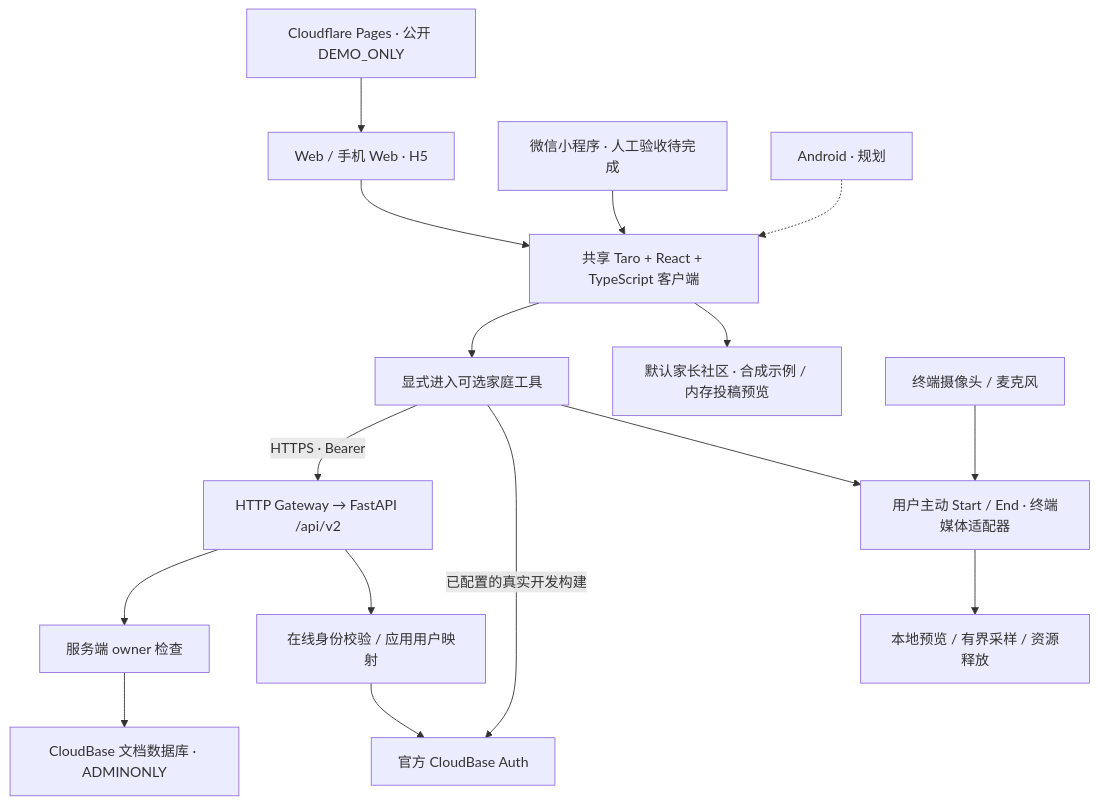
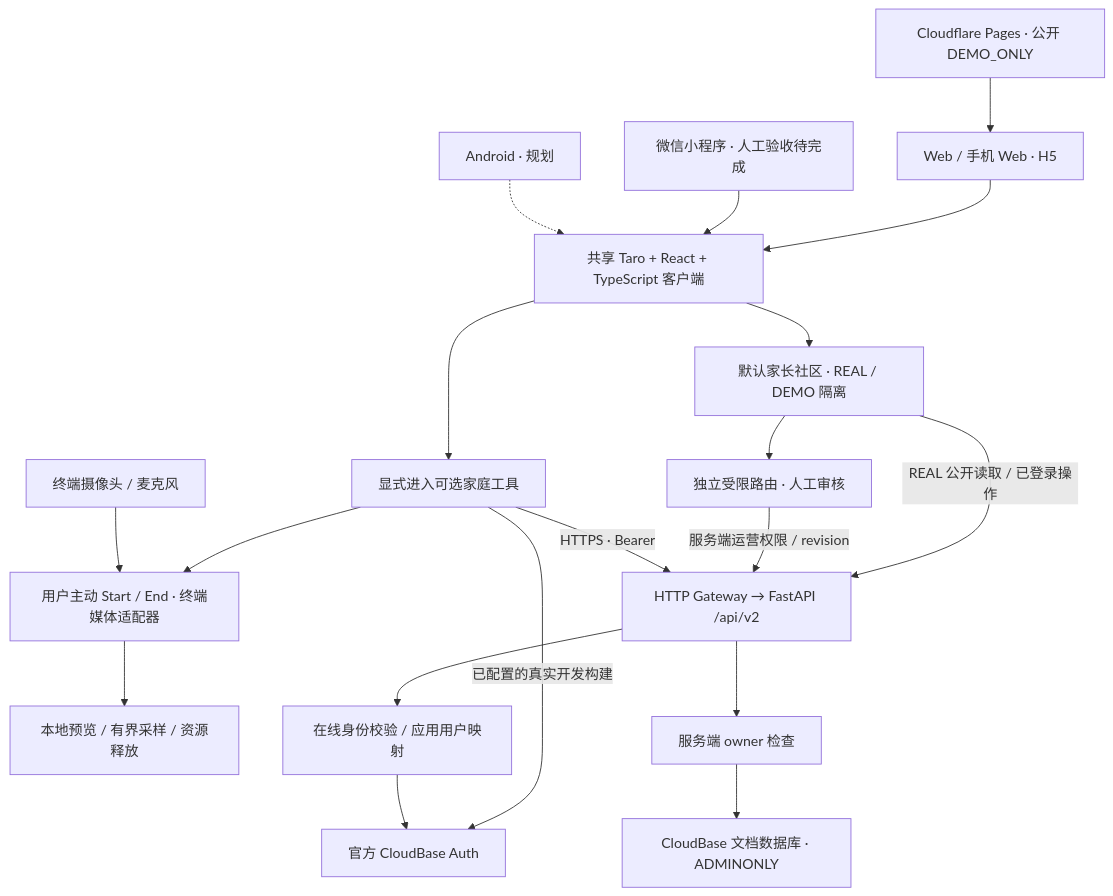
One commit to C1801SYQ/SoulCompanion-AI changed the first of 2 diagrams in readme.md. Above: the diagram before and after it, drawn with Mermaid. The commit also changed other lines of this file and 7 other files, not shown here.

````diff
--- a/readme.md
+++ b/readme.md
@@ -31,18 +31,21 @@
 ```mermaid
 flowchart TB
   Pages["Cloudflare Pages · 公开 DEMO_ONLY"] --> H5["Web / 手机 Web · H5"]
   H5 --> Client["共享 Taro + React + TypeScript 客户端"]
   WeChat["微信小程序 · 人工验收待完成"] --> Client
   Android["Android · 规划"] -.-> Client
-  Client --> Community["默认家长社区 · 合成示例 / 内存投稿预览"]
+  Client --> Community["默认家长社区 · REAL / DEMO 隔离"]
+  Community -->|"REAL 公开读取 / 已登录操作"| API
+  Community --> Ops["独立受限路由 · 人工审核"]
+  Ops -->|"服务端运营权限 / revision"| API
   Client --> Tools["显式进入可选家庭工具"]
   Tools --> Local["用户主动 Start / End · 终端媒体适配器"]
   Devices["终端摄像头 / 麦克风"] --> Local
   Local --> Preview["本地预览 / 有界采样 / 资源释放"]
   Tools -->|"已配置的真实开发构建"| Auth["官方 CloudBase Auth"]
   Tools -->|"HTTPS · Bearer"| API["HTTP Gateway → FastAPI /api/v2"]
   API --> Verify["在线身份校验 / 应用用户映射"]
   Verify --> Auth
   API --> Ownership["服务端 owner 检查"]
   Ownership --> DB["CloudBase 文档数据库 · ADMINONLY"]
 ```
````
